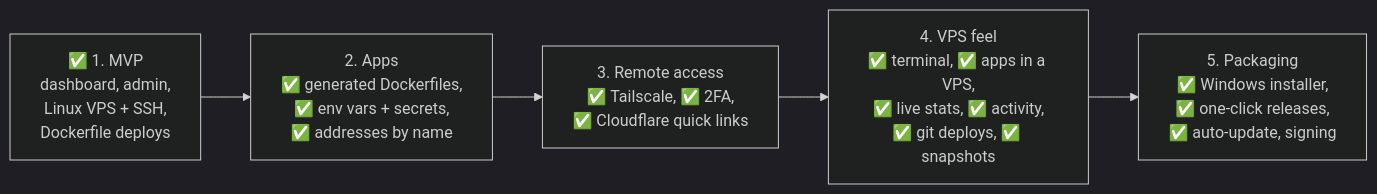
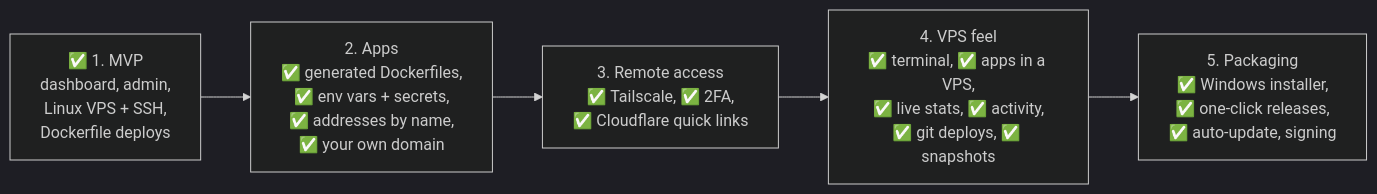
One commit to AbrarDW/lps changed diagram 11 of 11 in README.md. Above: the diagram before and after it, drawn with Mermaid (dark theme). The commit also changed other lines of this file and 20 other files, not shown here.

````diff
--- a/README.md
+++ b/README.md
@@ -481,9 +501,9 @@
 ```mermaid
 flowchart LR
     m1["✅ 1. MVP<br/>dashboard, admin,<br/>Linux VPS + SSH,<br/>Dockerfile deploys"]
-    m2["2. Apps<br/>✅ generated Dockerfiles,<br/>✅ env vars + secrets,<br/>✅ addresses by name"]
+    m2["2. Apps<br/>✅ generated Dockerfiles,<br/>✅ env vars + secrets,<br/>✅ addresses by name,<br/>✅ your own domain"]
     m3["3. Remote access<br/>✅ Tailscale, ✅ 2FA,<br/>✅ Cloudflare quick links"]
     m4["4. VPS feel<br/>✅ terminal, ✅ apps in a VPS,<br/>✅ live stats, ✅ activity,<br/>✅ git deploys, ✅ snapshots"]
     m5["5. Packaging<br/>✅ Windows installer,<br/>✅ one-click releases,<br/>✅ auto-update, signing"]
     m1 --> m2 --> m3 --> m4 --> m5
 ```
````
